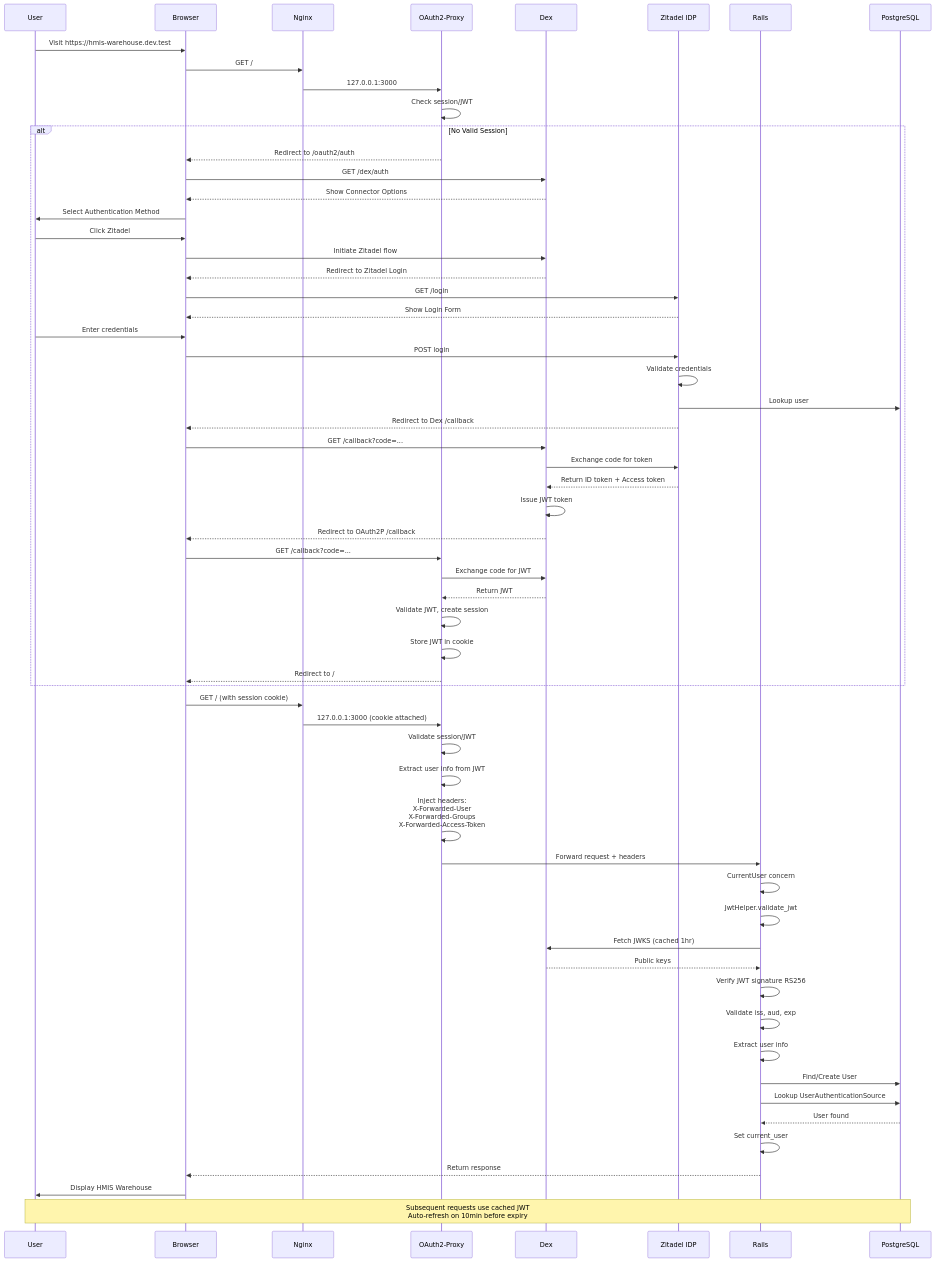
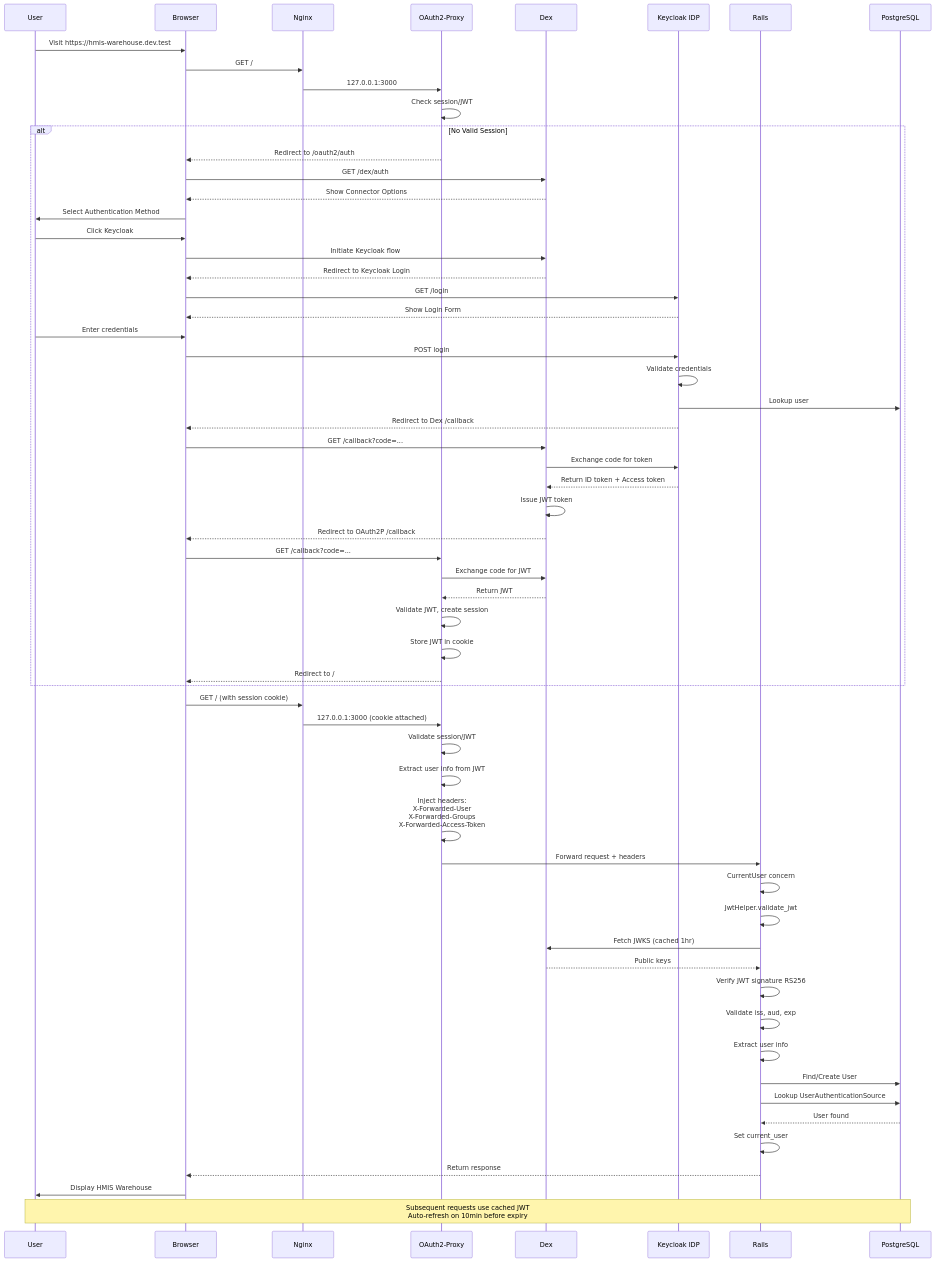
One commit to greenriver/hmis-warehouse changed the diagram in docs/architecture/authentication.md. Above: the diagram before and after it, drawn with Mermaid. The commit also changed other lines of this file and 7 other files, not shown here.

````diff
--- a/docs/architecture/authentication.md
+++ b/docs/architecture/authentication.md
@@ -120,66 +120,66 @@
 ```mermaid
 sequenceDiagram
     participant User
     participant Browser
     participant Nginx
     participant OAuth2P as OAuth2-Proxy
     participant Dex
-    participant Zitadel as Zitadel IDP
+    participant Keycloak as Keycloak IDP
     participant Rails
     participant DB as PostgreSQL
 
     User->>Browser: Visit https://hmis-warehouse.dev.test
     Browser->>Nginx: GET /
     Nginx->>OAuth2P: 127.0.0.1:3000
     OAuth2P->>OAuth2P: Check session/JWT
 
     alt No Valid Session
         OAuth2P-->>Browser: Redirect to /oauth2/auth
         Browser->>Dex: GET /dex/auth
         Dex-->>Browser: Show Connector Options
         Browser->>User: Select Authentication Method
-        User->>Browser: Click Zitadel
-        Browser->>Dex: Initiate Zitadel flow
-        Dex-->>Browser: Redirect to Zitadel Login
-        Browser->>Zitadel: GET /login
-        Zitadel-->>Browser: Show Login Form
+        User->>Browser: Click Keycloak
+        Browser->>Dex: Initiate Keycloak flow
+        Dex-->>Browser: Redirect to Keycloak Login
+        Browser->>Keycloak: GET /login
+        Keycloak-->>Browser: Show Login Form
         User->>Browser: Enter credentials
-        Browser->>Zitadel: POST login
-        Zitadel->>Zitadel: Validate credentials
-        Zitadel->>DB: Lookup user
-        Zitadel-->>Browser: Redirect to Dex /callback
+        Browser->>Keycloak: POST login
+        Keycloak->>Keycloak: Validate credentials
+        Keycloak->>DB: Lookup user
+        Keycloak-->>Browser: Redirect to Dex /callback
         Browser->>Dex: GET /callback?code=...
-        Dex->>Zitadel: Exchange code for token
-        Zitadel-->>Dex: Return ID token + Access token
+        Dex->>Keycloak: Exchange code for token
+        Keycloak-->>Dex: Return ID token + Access token
         Dex->>Dex: Issue JWT token
         Dex-->>Browser: Redirect to OAuth2P /callback
         Browser->>OAuth2P: GET /callback?code=...
         OAuth2P->>Dex: Exchange code for JWT
         Dex-->>OAuth2P: Return JWT
         OAuth2P->>OAuth2P: Validate JWT, create session
         OAuth2P->>OAuth2P: Store JWT in cookie
         OAuth2P-->>Browser: Redirect to /
     end
 
     Browser->>Nginx: GET / (with session cookie)
     Nginx->>OAuth2P: 127.0.0.1:3000 (cookie attached)
     OAuth2P->>OAuth2P: Validate session/JWT
     OAuth2P->>OAuth2P: Extract user info from JWT
     OAuth2P->>OAuth2P: Inject headers:<br/>X-Forwarded-User<br/>X-Forwarded-Groups<br/>X-Forwarded-Access-Token
     OAuth2P->>Rails: Forward request + headers
     Rails->>Rails: CurrentUser concern
     Rails->>Rails: JwtHelper.validate_jwt
     Rails->>Dex: Fetch JWKS (cached 1hr)
     Dex-->>Rails: Public keys
     Rails->>Rails: Verify JWT signature RS256
     Rails->>Rails: Validate iss, aud, exp
     Rails->>Rails: Extract user info
     Rails->>DB: Find/Create User
     Rails->>DB: Lookup UserAuthenticationSource
     DB-->>Rails: User found
     Rails->>Rails: Set current_user
     Rails-->>Browser: Return response
     Browser->>User: Display HMIS Warehouse
 
     Note over User,DB: Subsequent requests use cached JWT<br/>Auto-refresh on 10min before expiry
 ```
````
